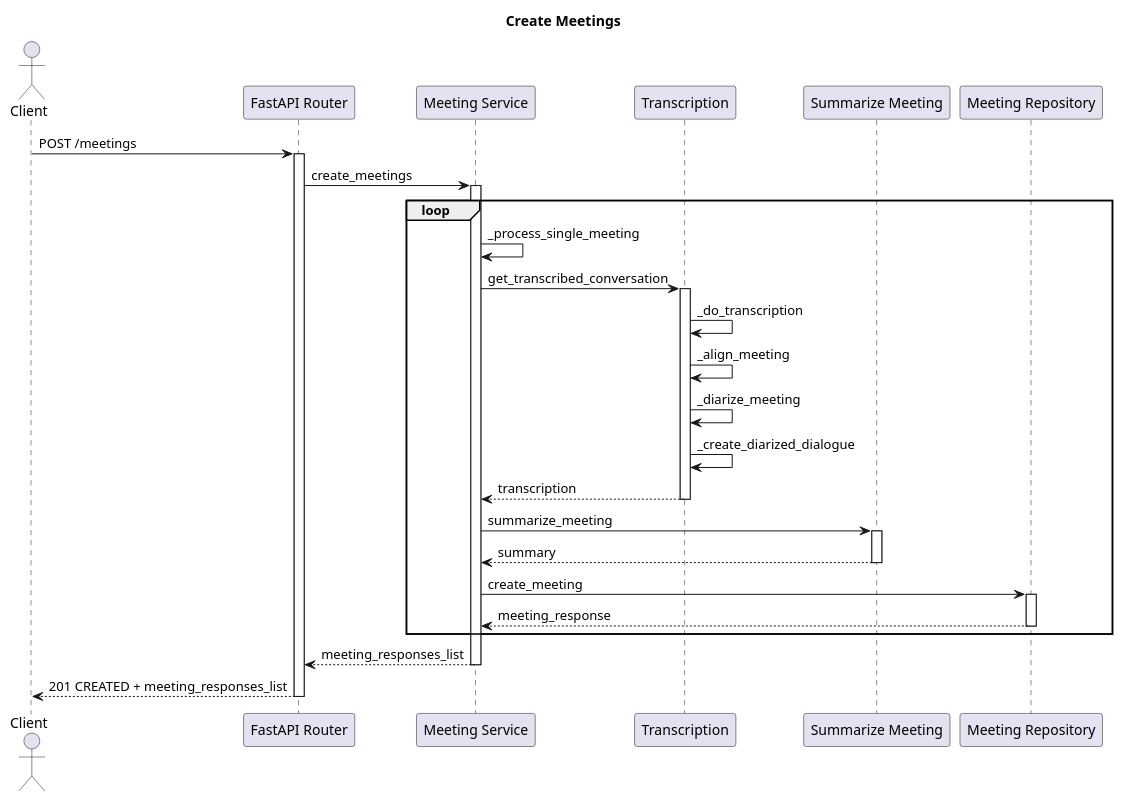
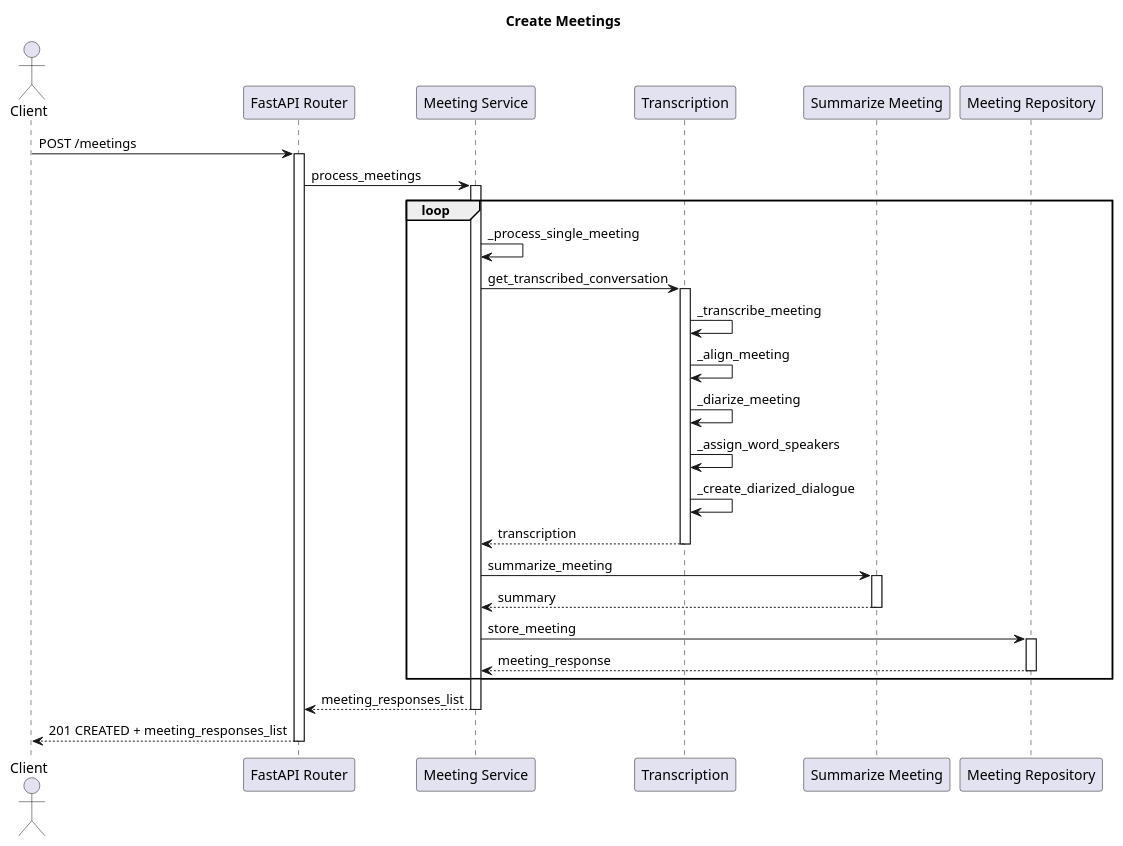
Before and after one commit to estebansuarezcalvoudc/Memento: the diagram in Backend/docs/sequence_diagrams/create_meetings.pu, drawn with PlantUML. The commit also changed 11 other files, not shown here.

```diff
--- a/Backend/docs/sequence_diagrams/create_meetings.pu
+++ b/Backend/docs/sequence_diagrams/create_meetings.pu
@@ -1,47 +1,48 @@
 @startuml Create Meetings
 
 title Create Meetings
 
 actor Client
 participant "FastAPI Router" as Router
 participant "Meeting Service" as Service
 participant "Transcription" as Transcriber
 participant "Summarize Meeting" as Summarizer
 participant "Meeting Repository" as Repository
 
 Client -> Router : POST /meetings
 
 activate Router
-Router -> Service : create_meetings
+Router -> Service : process_meetings
 
 activate Service
 loop
     Service -> Service : _process_single_meeting
     Service -> Transcriber : get_transcribed_conversation
 
     activate Transcriber
-    Transcriber -> Transcriber: _do_transcription
+    Transcriber -> Transcriber: _transcribe_meeting
     Transcriber -> Transcriber: _align_meeting
     Transcriber -> Transcriber: _diarize_meeting
+    Transcriber -> Transcriber: _assign_word_speakers
     Transcriber -> Transcriber: _create_diarized_dialogue
     Service <-- Transcriber: transcription
     deactivate Transcriber
 
     Service -> Summarizer: summarize_meeting
     activate Summarizer
     Service <-- Summarizer: summary
     deactivate Summarizer
 
-    Service -> Repository: create_meeting
+    Service -> Repository: store_meeting
     activate Repository
     Service <-- Repository: meeting_response
     deactivate Repository
 end
 
 Router <-- Service: meeting_responses_list
 deactivate Service
 
 Client <-- Router: 201 CREATED + meeting_responses_list
 deactivate Router
 
 @enduml
```
